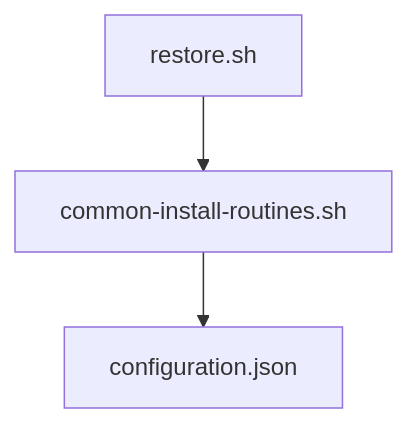
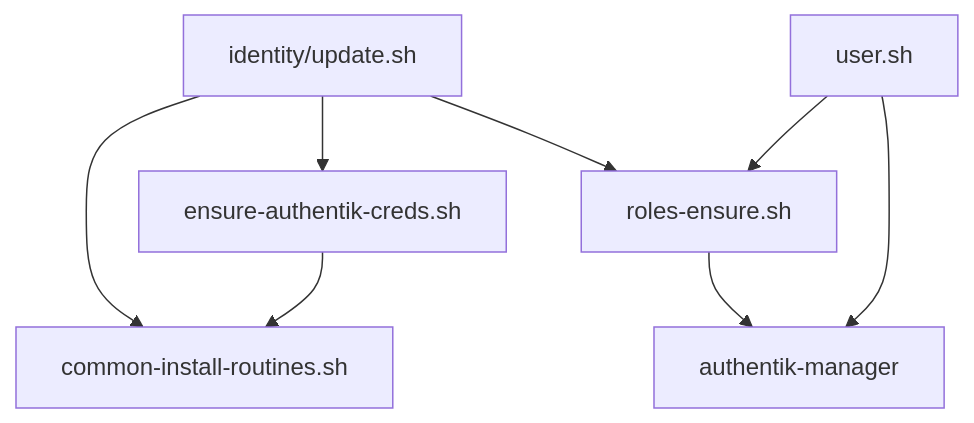
Diagram 11 of 14 in src/foundation/DEPENDENCIES.md (TAPPaaS/TAPPaaS), drawn with Mermaid before and after one commit. The commit also changed other lines of this file and 3 other files, not shown here.

Commit message:
updated dependency graphs

````diff
--- a/src/foundation/DEPENDENCIES.md
+++ b/src/foundation/DEPENDENCIES.md
@@ -300,5 +360,10 @@
 ```mermaid
 graph TD
-    A["restore.sh"] --> B["common-install-routines.sh"]
-    B --> C["configuration.json"]
+    A["identity/update.sh"] --> B["common-install-routines.sh"]
+    A --> C["ensure-authentik-creds.sh"]
+    A --> D["roles-ensure.sh"]
+    D --> E["authentik-manager"]
+    F["user.sh"] --> E
+    F --> D
+    C --> B
 ```
````
